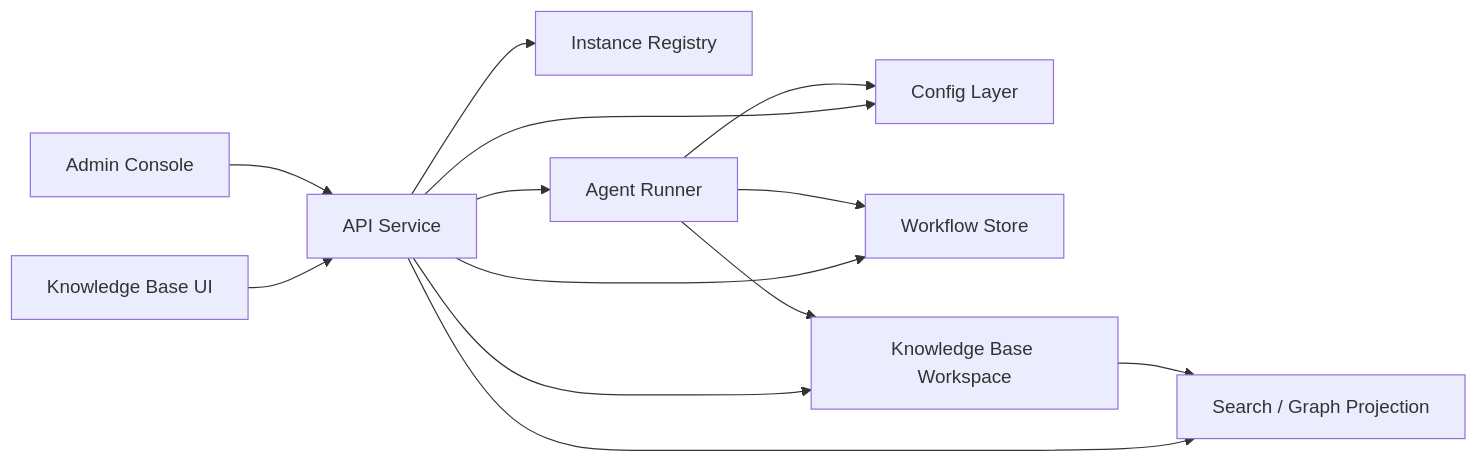
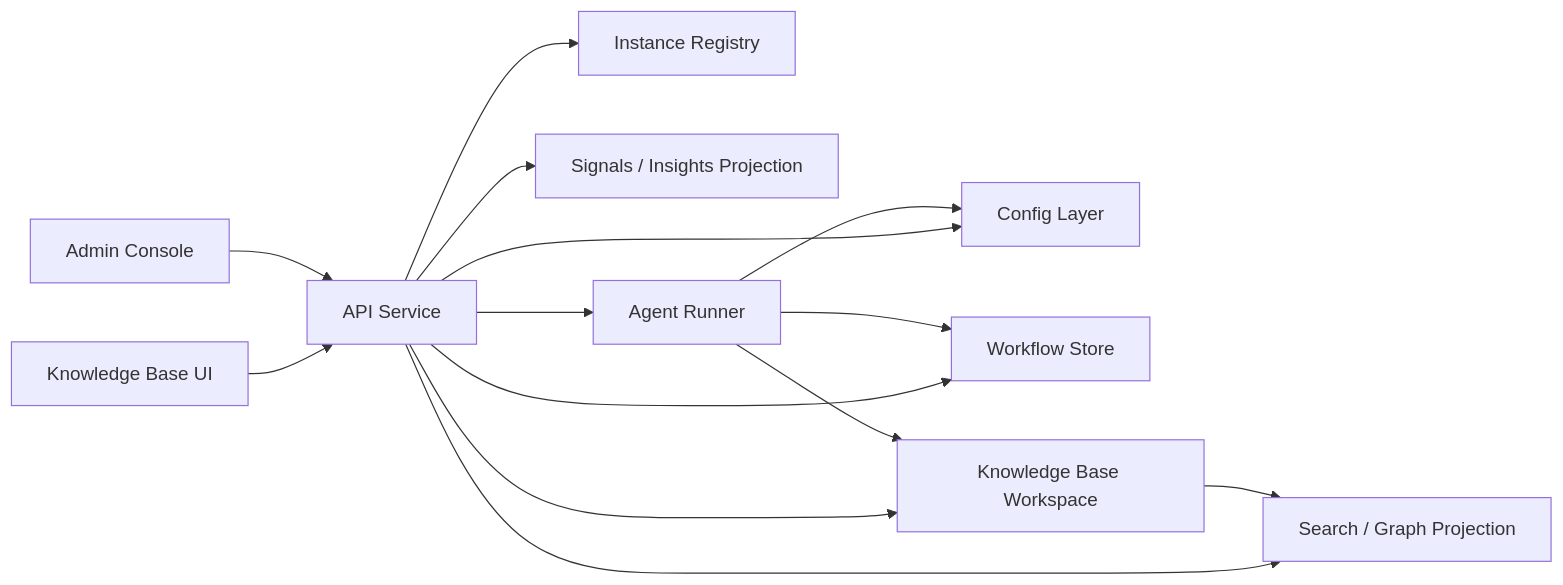
One commit to huyusong10/Sediment changed the diagram in design/current/platform-architecture.md. Above: the diagram before and after it, drawn with Mermaid. The commit also changed other lines of this file and 41 other files, not shown here.

Commit message:
feat: ship v5 insights graph experience

````diff
--- a/design/current/platform-architecture.md
+++ b/design/current/platform-architecture.md
@@ -33,15 +34,16 @@
 ```mermaid
 flowchart LR
     U["Knowledge Base UI"] --> API["API Service"]
     A["Admin Console"] --> API
     API --> CFG["Config Layer"]
     API --> REG["Instance Registry"]
     API --> DB["Workflow Store"]
     API --> IDX["Search / Graph Projection"]
+    API --> SIG["Signals / Insights Projection"]
     API --> KB["Knowledge Base Workspace"]
     API --> RUN["Agent Runner"]
     RUN --> CFG
     RUN --> KB
     RUN --> DB
     KB --> IDX
 ```
````
